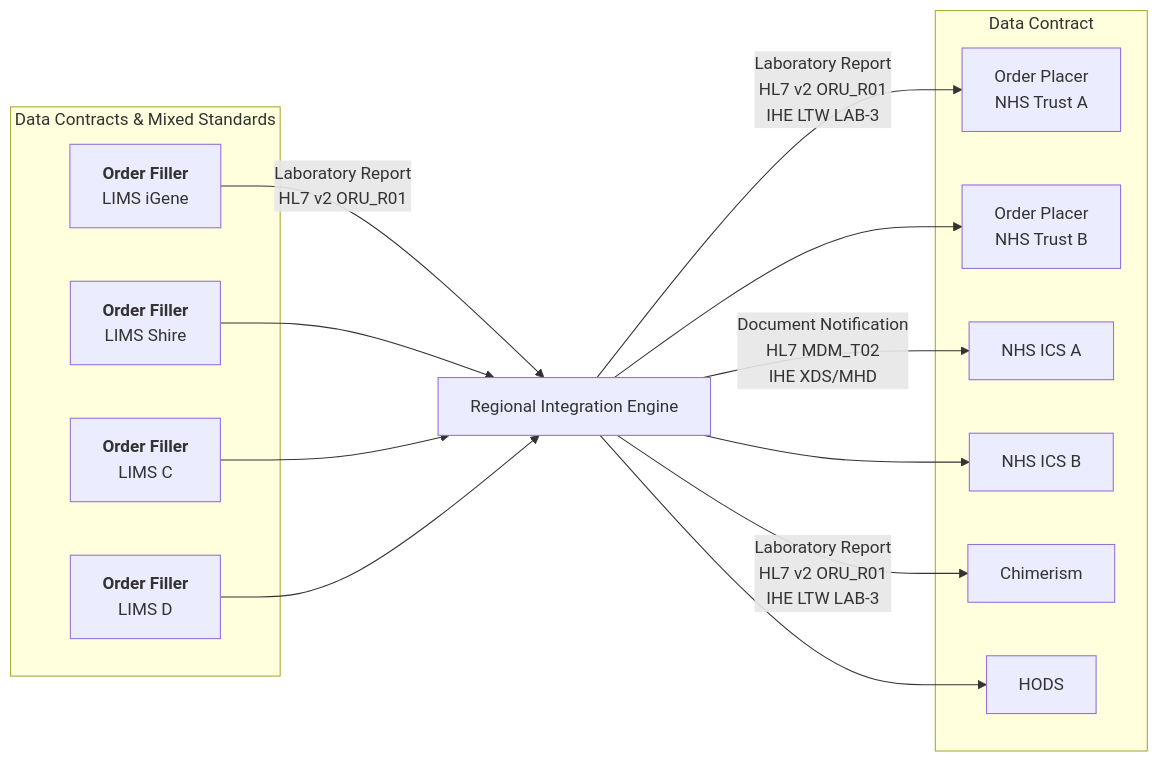
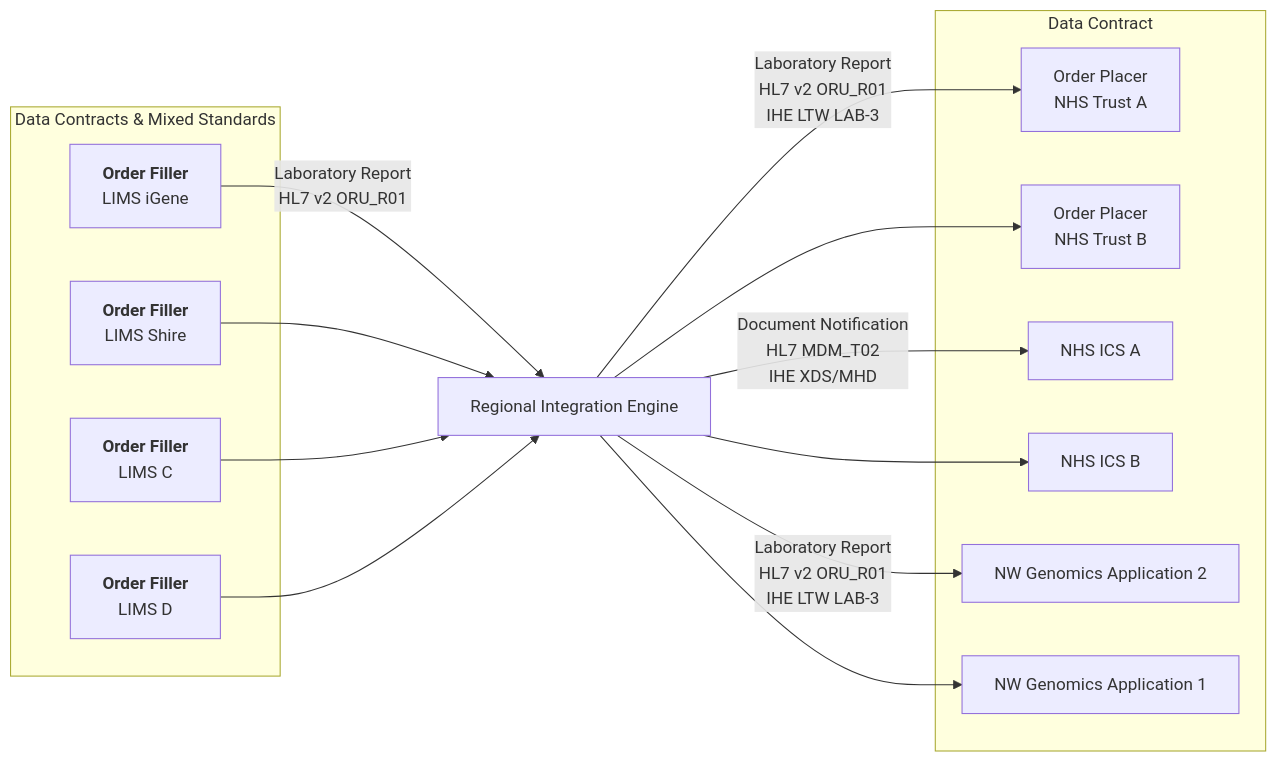
The fourth of 4 diagrams in input/pagecontent/index.md (uk-gov-mirror/nw-gmsa.nw-gmsa.github.com), drawn with Mermaid before and after one commit.

Commit message:
Added lab order diagram

````diff
--- a/input/pagecontent/index.md
+++ b/input/pagecontent/index.md
@@ -68,28 +68,28 @@
 ```mermaid
 graph LR
     subgraph Multiple[Data Contracts & Mixed Standards]
         LIMSA[<b>Order Filler</b><br>LIMS iGene]
         LIMSB[<b>Order Filler</b><br>LIMS Shire]
         LIMSC[<b>Order Filler</b><br>LIMS C]
         LIMSD[<b>Order Filler</b><br>LIMS D]
     end
     LIMSA --> |Laboratory Report<br/>HL7 v2 ORU_R01| RIE
     LIMSB --> RIE
     LIMSC --> RIE
     LIMSD --> RIE
     RIE[Regional Integration Engine] --> |Laboratory Report<br/>HL7 v2 ORU_R01<br/>IHE LTW LAB-3| NHSA
     RIE --> NHSB
     RIE --> |Document Notification<br/>HL7 MDM_T02<br/>IHE XDS/MHD| ICSA
     RIE --> ICSB
     RIE --> |Laboratory Report<br/>HL7 v2 ORU_R01<br/>IHE LTW LAB-3| APPB
     RIE --> APPA
 
     subgraph DataContracts[Data Contract]
         NHSA[Order Placer<br/>NHS Trust A]
         NHSB[Order Placer<br/>NHS Trust B] 
         ICSA[NHS ICS A]
         ICSB[NHS ICS B]
-        APPA[HODS]
-        APPB[Chimerism]
+        APPA[NW Genomics Application 1]
+        APPB[NW Genomics Application 2]
     end 
 ```
````
